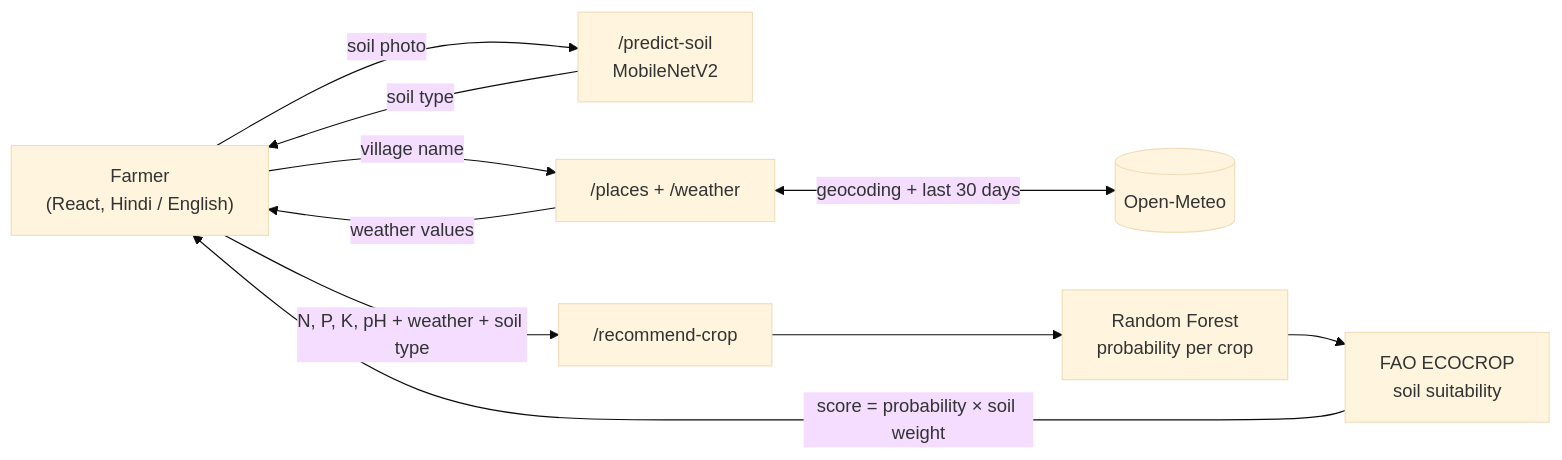
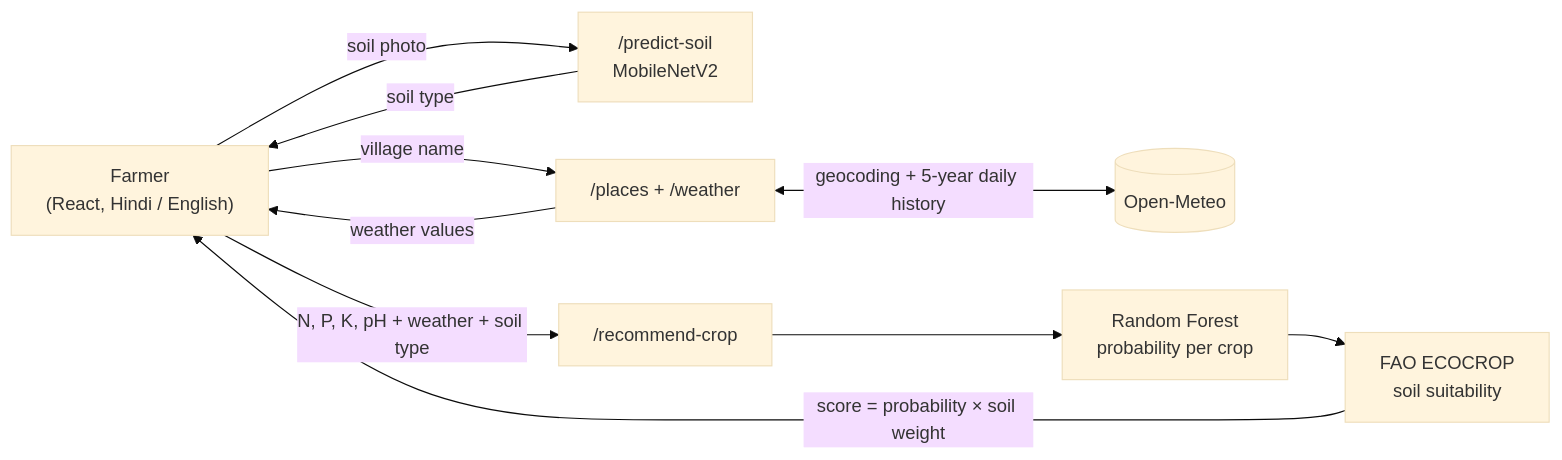
One commit to Ayush-ji2024/krishi-mitra changed the diagram in README.md. Above: the diagram before and after it, drawn with Mermaid (base theme). The commit also changed other lines of this file and 20 other files, not shown here.

````diff
--- a/README.md
+++ b/README.md
@@ -80,12 +82,12 @@
 ```mermaid
 flowchart LR
     U["Farmer<br/>(React, Hindi / English)"] -->|soil photo| S["/predict-soil<br/>MobileNetV2"]
     S -->|soil type| U
     U -->|village name| P["/places + /weather"]
-    P <-->|geocoding + last 30 days| OM[("Open-Meteo")]
+    P <-->|geocoding + 5-year daily history| OM[("Open-Meteo")]
     P -->|weather values| U
     U -->|N, P, K, pH + weather + soil type| R["/recommend-crop"]
     R --> RF["Random Forest<br/>probability per crop"]
     RF --> FAO["FAO ECOCROP<br/>soil suitability"]
     FAO -->|"score = probability × soil weight"| U
 ```
````
